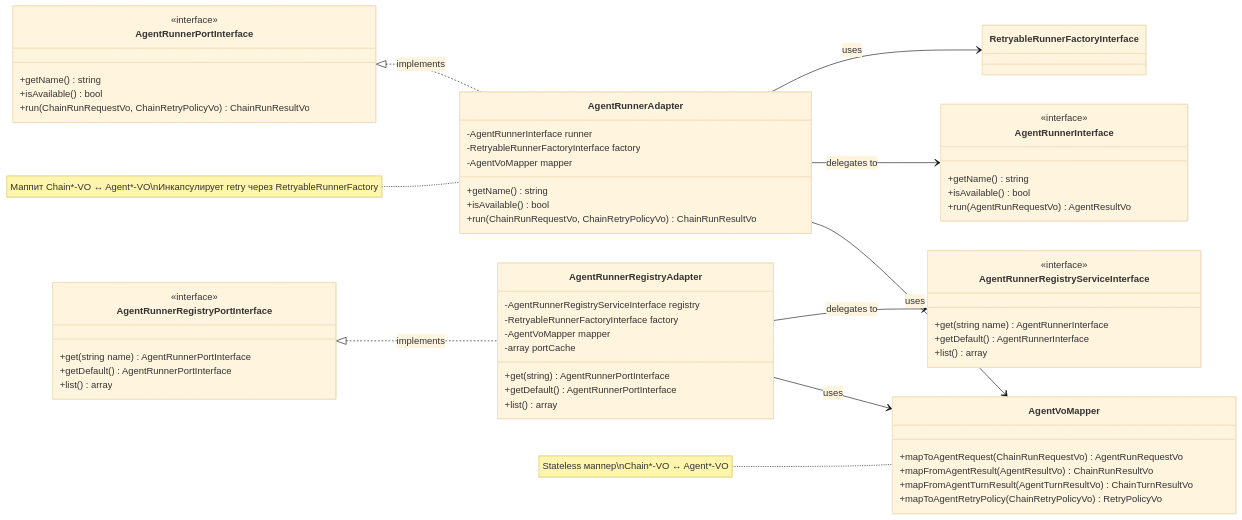
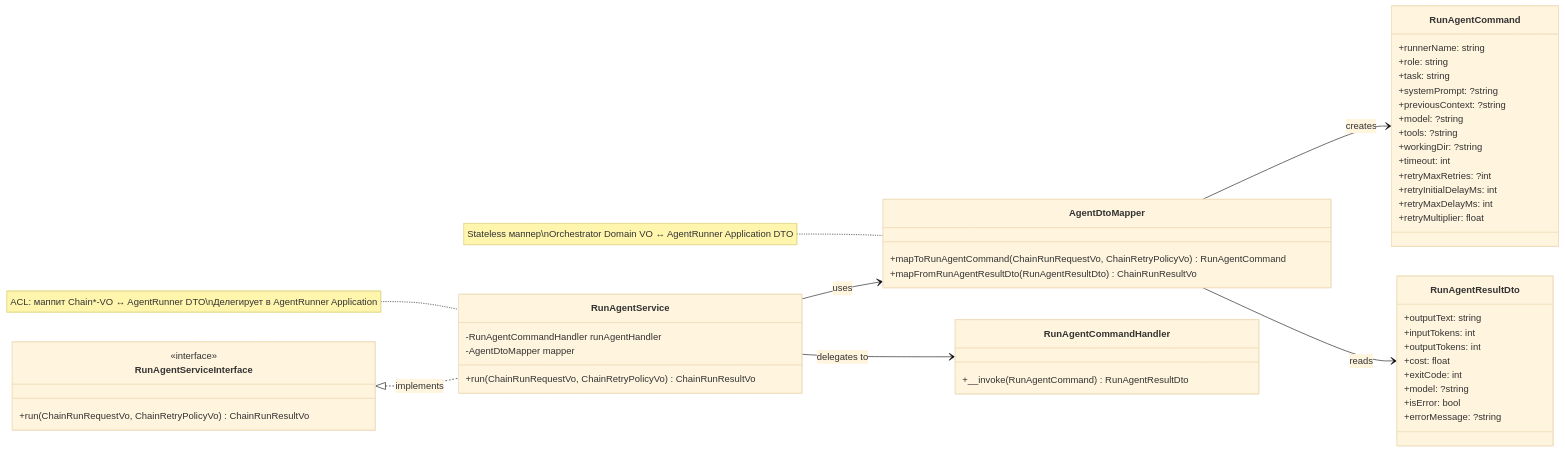
One commit to prikotov/task-orchestrator changed the third of 9 diagrams in docs/guide/diagrams.md. Above: the diagram before and after it, drawn with Mermaid (base theme). The commit also changed other lines of this file and 7 other files, not shown here.

Commit message:
docs(Orchestrator): sync architecture docs from Port/Adapter to Integration layer and add Team Lead delegation rules / синхронизировать архитектурную документацию с кодом и добавить правила делегирования Тимлида

````diff
--- a/docs/guide/diagrams.md
+++ b/docs/guide/diagrams.md
@@ -167,69 +176,60 @@
 ```mermaid
 classDiagram
     direction LR
 
-    class AgentRunnerPortInterface {
+    class RunAgentServiceInterface {
         <<interface>>
-        +getName() string
-        +isAvailable() bool
         +run(ChainRunRequestVo, ChainRetryPolicyVo) ChainRunResultVo
     }
 
-    class AgentRunnerRegistryPortInterface {
-        <<interface>>
-        +get(string name) AgentRunnerPortInterface
-        +getDefault() AgentRunnerPortInterface
-        +list() array
-    }
-
-    class AgentRunnerAdapter {
-        -AgentRunnerInterface runner
-        -RetryableRunnerFactoryInterface factory
-        -AgentVoMapper mapper
-        +getName() string
-        +isAvailable() bool
+    class RunAgentService {
+        -RunAgentCommandHandler runAgentHandler
+        -AgentDtoMapper mapper
         +run(ChainRunRequestVo, ChainRetryPolicyVo) ChainRunResultVo
     }
 
-    class AgentRunnerRegistryAdapter {
-        -AgentRunnerRegistryServiceInterface registry
-        -RetryableRunnerFactoryInterface factory
-        -AgentVoMapper mapper
-        -array portCache
-        +get(string) AgentRunnerPortInterface
-        +getDefault() AgentRunnerPortInterface
-        +list() array
+    class AgentDtoMapper {
+        +mapToRunAgentCommand(ChainRunRequestVo, ChainRetryPolicyVo) RunAgentCommand
+        +mapFromRunAgentResultDto(RunAgentResultDto) ChainRunResultVo
     }
 
-    class AgentVoMapper {
-        +mapToAgentRequest(ChainRunRequestVo) AgentRunRequestVo
-        +mapFromAgentResult(AgentResultVo) ChainRunResultVo
-        +mapFromAgentTurnResult(AgentTurnResultVo) ChainTurnResultVo
-        +mapToAgentRetryPolicy(ChainRetryPolicyVo) RetryPolicyVo
+    class RunAgentCommandHandler {
+        +__invoke(RunAgentCommand) RunAgentResultDto
     }
 
-    class AgentRunnerInterface {
-        <<interface>>
-        +getName() string
-        +isAvailable() bool
-        +run(AgentRunRequestVo) AgentResultVo
+    class RunAgentCommand {
+        +runnerName: string
+        +role: string
+        +task: string
+        +systemPrompt: ?string
+        +previousContext: ?string
+        +model: ?string
+        +tools: ?string
+        +workingDir: ?string
+        +timeout: int
+        +retryMaxRetries: ?int
+        +retryInitialDelayMs: int
+        +retryMaxDelayMs: int
+        +retryMultiplier: float
     }
 
-    class AgentRunnerRegistryServiceInterface {
-        <<interface>>
-        +get(string name) AgentRunnerInterface
-        +getDefault() AgentRunnerInterface
-        +list() array
+    class RunAgentResultDto {
+        +outputText: string
+        +inputTokens: int
+        +outputTokens: int
+        +cost: float
+        +exitCode: int
+        +model: ?string
+        +isError: bool
+        +errorMessage: ?string
     }
 
-    AgentRunnerPortInterface <|.. AgentRunnerAdapter : implements
-    AgentRunnerRegistryPortInterface <|.. AgentRunnerRegistryAdapter : implements
-    AgentRunnerAdapter --> AgentVoMapper : uses
-    AgentRunnerAdapter --> AgentRunnerInterface : delegates to
-    AgentRunnerAdapter --> RetryableRunnerFactoryInterface : uses
-    AgentRunnerRegistryAdapter --> AgentVoMapper : uses
-    AgentRunnerRegistryAdapter --> AgentRunnerRegistryServiceInterface : delegates to
+    RunAgentServiceInterface <|.. RunAgentService : implements
+    RunAgentService --> AgentDtoMapper : uses
+    RunAgentService --> RunAgentCommandHandler : delegates to
+    AgentDtoMapper --> RunAgentCommand : creates
+    AgentDtoMapper --> RunAgentResultDto : reads
 
-    note for AgentRunnerAdapter "Маппит Chain*-VO ↔ Agent*-VO\nИнкапсулирует retry через RetryableRunnerFactory"
-    note for AgentVoMapper "Stateless маппер\nChain*-VO ↔ Agent*-VO"
+    note for RunAgentService "ACL: маппит Chain*-VO ↔ AgentRunner DTO\nДелегирует в AgentRunner Application"
+    note for AgentDtoMapper "Stateless маппер\nOrchestrator Domain VO ↔ AgentRunner Application DTO"
 ```
````
